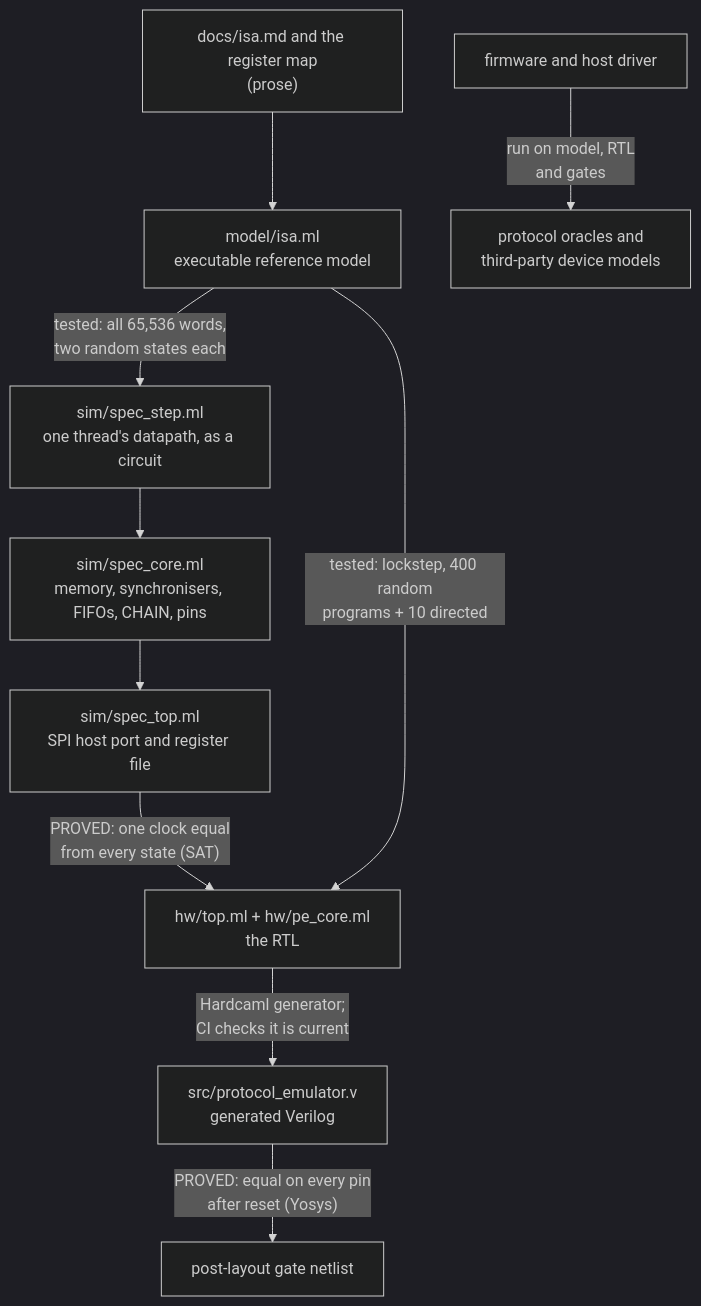
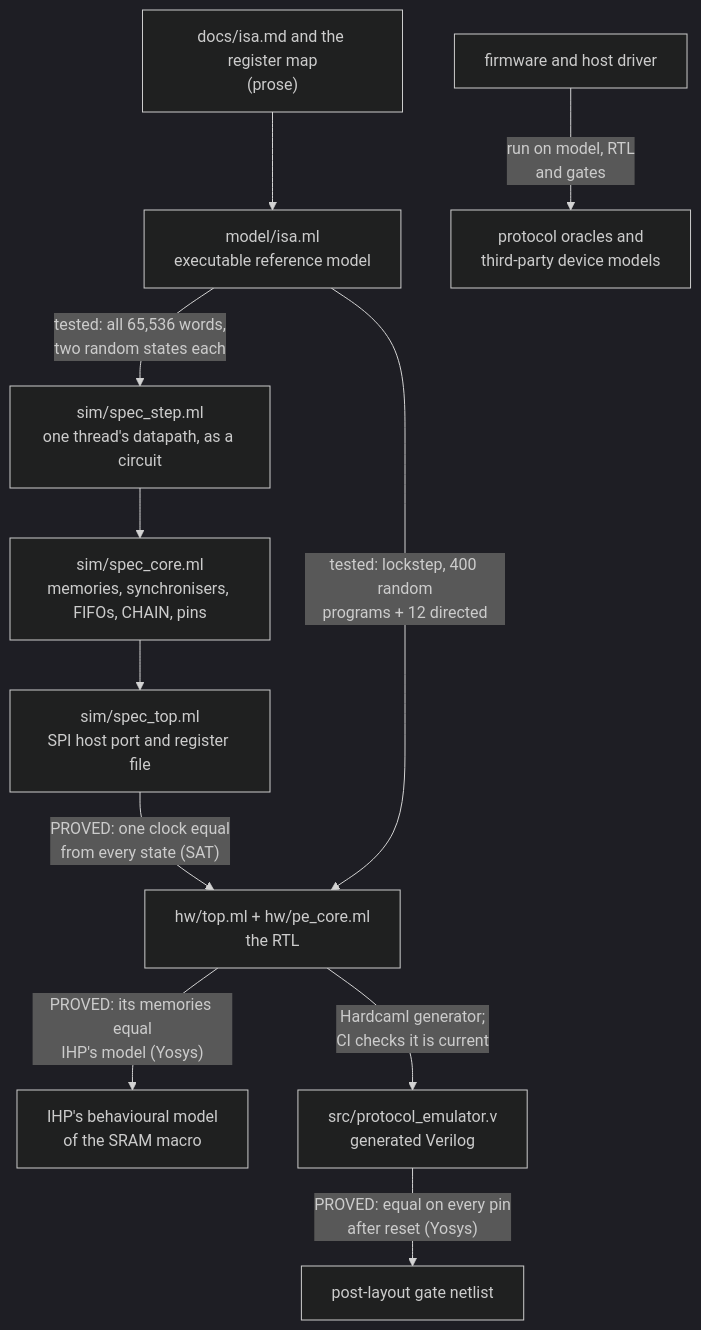
One commit to tavelarocque/protocol-emulator changed the diagram in docs/design-and-verification.md. Above: the diagram before and after it, drawn with Mermaid (dark theme). The commit also changed other lines of this file and 11 other files, not shown here.

````diff
--- a/docs/design-and-verification.md
+++ b/docs/design-and-verification.md
@@ -86,22 +115,24 @@
 ```mermaid
 flowchart TB
     doc["docs/isa.md and the register map<br/>(prose)"]
     model["model/isa.ml<br/>executable reference model"]
     sstep["sim/spec_step.ml<br/>one thread's datapath, as a circuit"]
-    score["sim/spec_core.ml<br/>memory, synchronisers, FIFOs, CHAIN, pins"]
+    score["sim/spec_core.ml<br/>memories, synchronisers, FIFOs, CHAIN, pins"]
+    ihp["IHP's behavioural model<br/>of the SRAM macro"]
     stop["sim/spec_top.ml<br/>SPI host port and register file"]
     rtl["hw/top.ml + hw/pe_core.ml<br/>the RTL"]
     v["src/protocol_emulator.v<br/>generated Verilog"]
     gl["post-layout gate netlist"]
     fw["firmware and host driver"]
     oracles["protocol oracles and<br/>third-party device models"]
 
     doc --> model
     model -- "tested: all 65,536 words,<br/>two random states each" --> sstep
     sstep --> score --> stop
     stop -- "PROVED: one clock equal<br/>from every state (SAT)" --> rtl
-    model -- "tested: lockstep, 400 random<br/>programs + 10 directed" --> rtl
+    model -- "tested: lockstep, 400 random<br/>programs + 12 directed" --> rtl
     rtl -- "Hardcaml generator;<br/>CI checks it is current" --> v
     v -- "PROVED: equal on every pin<br/>after reset (Yosys)" --> gl
     fw -- "run on model, RTL<br/>and gates" --> oracles
+    rtl -- "PROVED: its memories equal<br/>IHP's model (Yosys)" --> ihp
 ```
````
